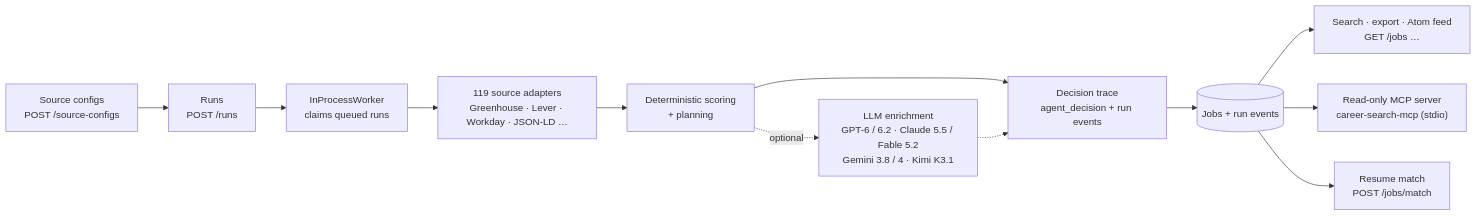
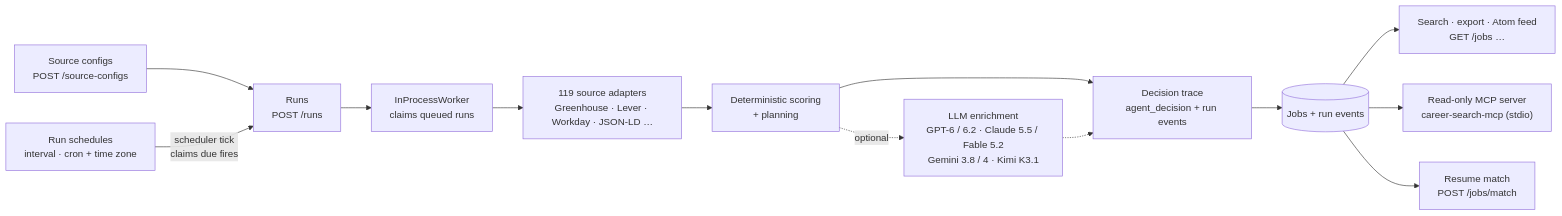
One commit to Francis1998/agentic-career-search changed the diagram in README.md. Above: the diagram before and after it, drawn with Mermaid. The commit also changed other lines of this file and 10 other files, not shown here.

First line of the commit message:
docs(schedules): run schedules guide, API, configuration, safety and MCP docs

````diff
--- a/README.md
+++ b/README.md
@@ -34,14 +37,15 @@
 ```mermaid
 flowchart LR
     SC["Source configs<br/>POST /source-configs"] --> RUN["Runs<br/>POST /runs"]
+    SCHED["Run schedules<br/>interval · cron + time zone"] -->|"scheduler tick<br/>claims due fires"| RUN
     RUN --> W["InProcessWorker<br/>claims queued runs"]
     W --> AD["119 source adapters<br/>Greenhouse · Lever · Workday · JSON-LD …"]
     AD --> SCORE["Deterministic scoring<br/>+ planning"]
     SCORE --> DT["Decision trace<br/>agent_decision + run events"]
     SCORE -. optional .-> LLM["LLM enrichment<br/>GPT-6 / 6.2 · Claude 5.5 / Fable 5.2<br/>Gemini 3.8 / 4 · Kimi K3.1"]
     LLM -.-> DT
     DT --> DB[("Jobs + run events")]
     DB --> API["Search · export · Atom feed<br/>GET /jobs …"]
     DB --> MCP["Read-only MCP server<br/>career-search-mcp (stdio)"]
     DB --> MATCH["Resume match<br/>POST /jobs/match"]
 ```
````
